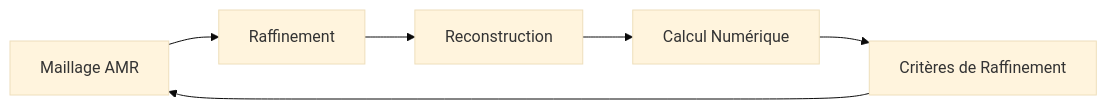
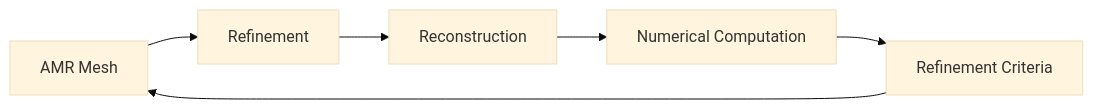
One commit to sbstndb/samurai changed the ninth of 9 diagrams in docs/reconstruction_system.md. Above: the diagram before and after it, drawn with Mermaid (base theme). The commit also changed other lines of this file and 8 other files, not shown here.

````diff
--- a/docs/reconstruction_system.md
+++ b/docs/reconstruction_system.md
@@ -356,8 +356,8 @@
 ```mermaid
 graph LR
-    A[Maillage AMR] --> B[Raffinement]
+    A[AMR Mesh] --> B[Refinement]
     B --> C[Reconstruction]
-    C --> D[Calcul Numérique]
-    D --> E[Critères de Raffinement]
+    C --> D[Numerical Computation]
+    D --> E[Refinement Criteria]
     E --> A
 ```
````
